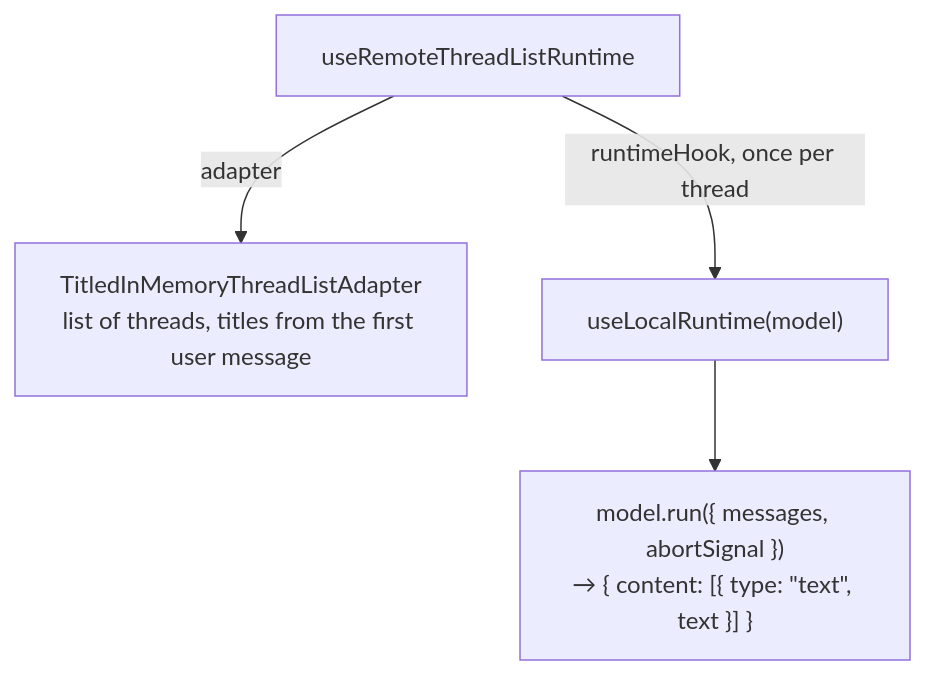
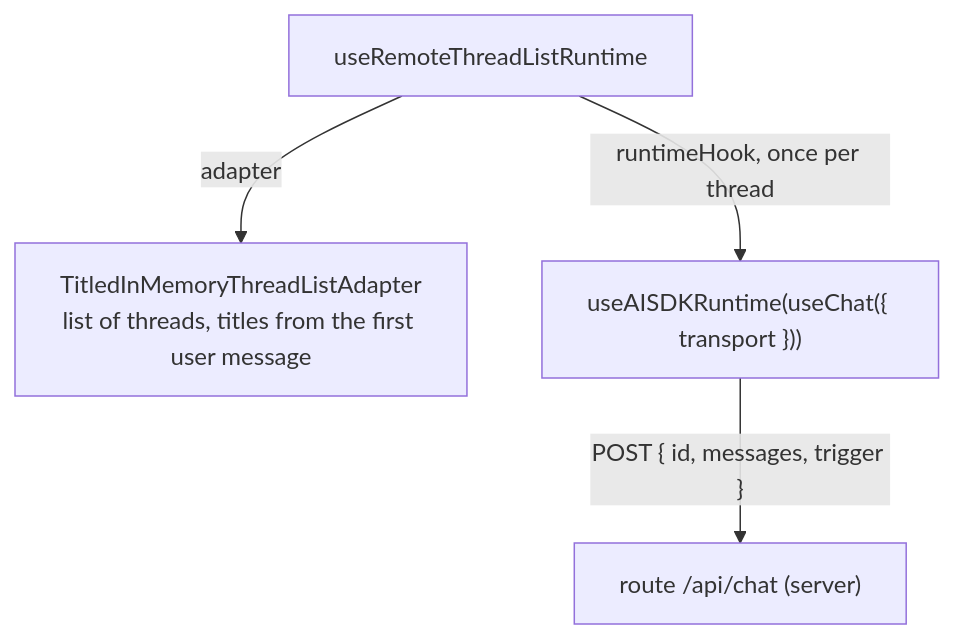
One commit to promptfolios/promptfolio changed the diagram in docs/learning/chat-runtime-and-threads.md. Above: the diagram before and after it, drawn with Mermaid. The commit also changed other lines of this file and 7 other files, not shown here.

````diff
--- a/docs/learning/chat-runtime-and-threads.md
+++ b/docs/learning/chat-runtime-and-threads.md
@@ -24,6 +24,6 @@
 ```mermaid
 flowchart TD
     list["useRemoteThreadListRuntime"] -- adapter --> adapter["TitledInMemoryThreadListAdapter<br/>list of threads, titles from the first user message"]
-    list -- "runtimeHook, once per thread" --> local["useLocalRuntime(model)"]
-    local --> run["model.run({ messages, abortSignal })<br/>→ { content: [{ type: #quot;text#quot;, text }] }"]
+    list -- "runtimeHook, once per thread" --> thread["useAISDKRuntime(useChat({ transport }))"]
+    thread -- "POST { id, messages, trigger }" --> route["route /api/chat (server)"]
 ```
````
